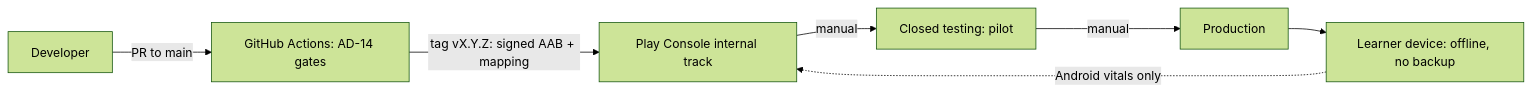
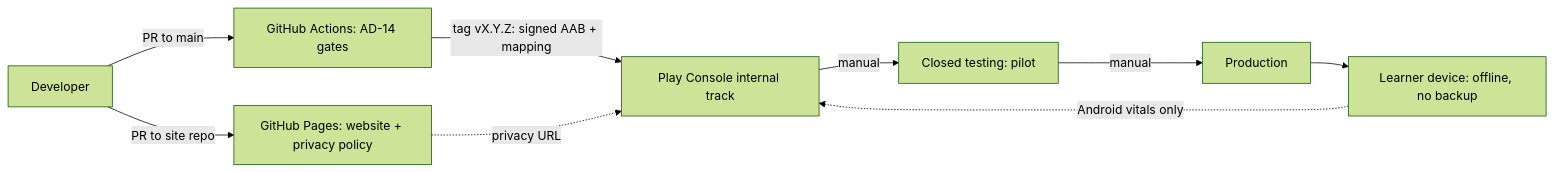
One commit to hebelmx/RubikXplorer changed the fourth of 4 diagrams in _bmad-output/planning-artifacts/architecture/architecture-RubikXplorer-2026-10-29/ARCHITECTURE-SPINE.md. Above: the diagram before and after it, drawn with Mermaid (forest theme). The commit also changed other lines of this file and 6 other files, not shown here.

````diff
--- a/_bmad-output/planning-artifacts/architecture/architecture-RubikXplorer-2026-10-29/ARCHITECTURE-SPINE.md
+++ b/_bmad-output/planning-artifacts/architecture/architecture-RubikXplorer-2026-10-29/ARCHITECTURE-SPINE.md
@@ -494,9 +495,11 @@
 ```mermaid
 graph LR
   dev[Developer] -->|PR to main| ci[GitHub Actions: AD-14 gates]
   ci -->|tag vX.Y.Z: signed AAB + mapping| play[Play Console internal track]
   play -->|manual| closed[Closed testing: pilot]
   closed -->|manual| prod[Production]
   prod --> device[Learner device: offline, no backup]
   device -. Android vitals only .-> play
+  dev -->|PR to site repo| site[GitHub Pages: website + privacy policy]
+  site -. privacy URL .-> play
 ```
````
